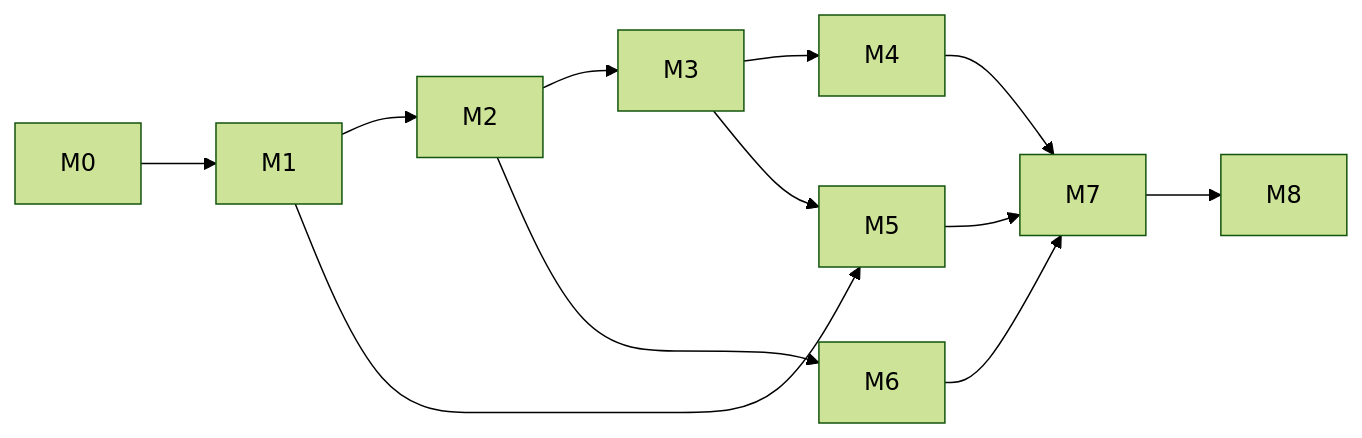
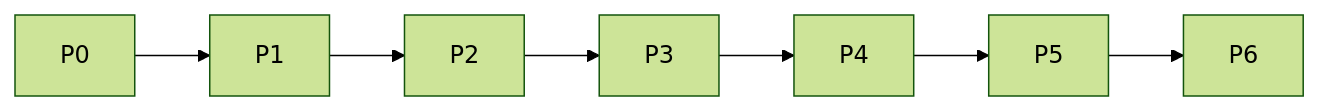
Before and after one commit to nilp0inter/kmshaunt: the second of 2 diagrams in ROADMAP.md, drawn with Mermaid (forest theme). The commit also changed other lines of this file and 1 other file, not shown here.

Commit message:
doc(roadmap): tsp roadmap

````diff
--- a/ROADMAP.md
+++ b/ROADMAP.md
@@ -108,11 +172,4 @@
 ```mermaid
 flowchart LR
-  M0 --> M1 --> M2 --> M3 --> M4
-  M1 --> M5
-  M3 --> M5
-  M2 --> M6
-  M4 --> M7
-  M5 --> M7
-  M6 --> M7
-  M7 --> M8
+  P0 --> P1 --> P2 --> P3 --> P4 --> P5 --> P6
 ```
````
